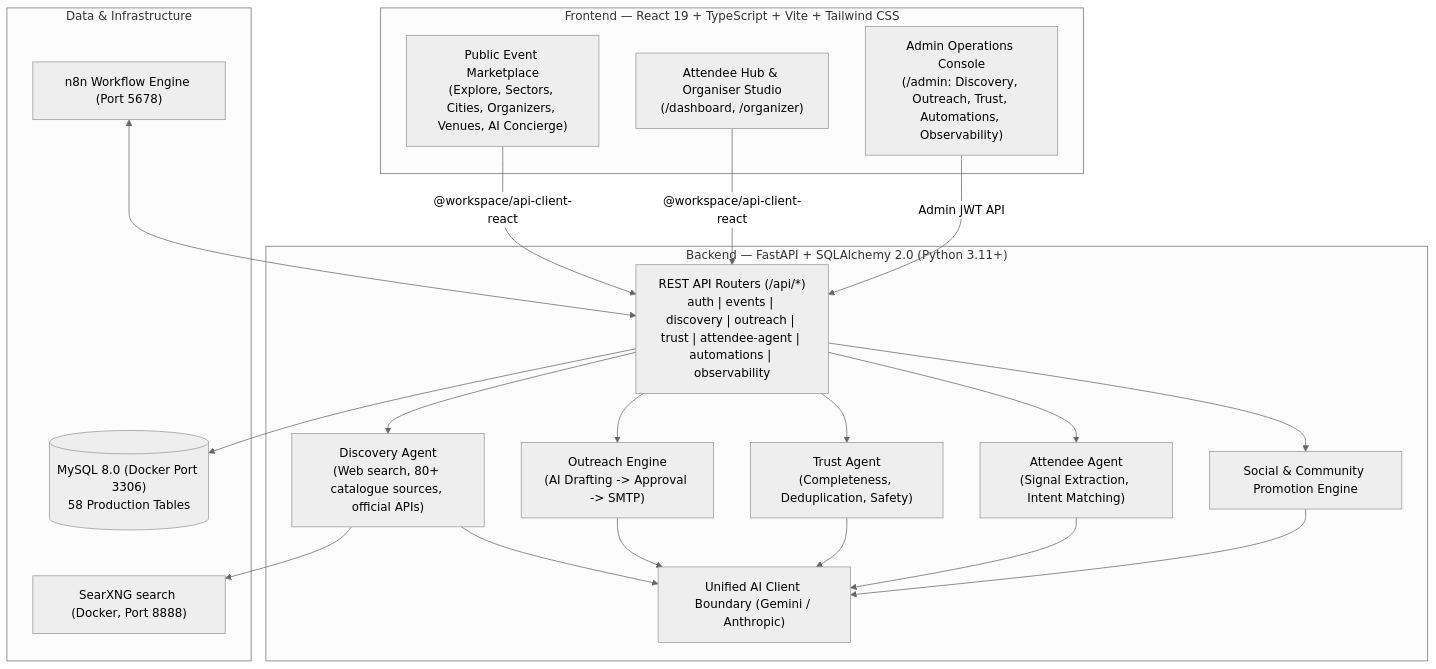
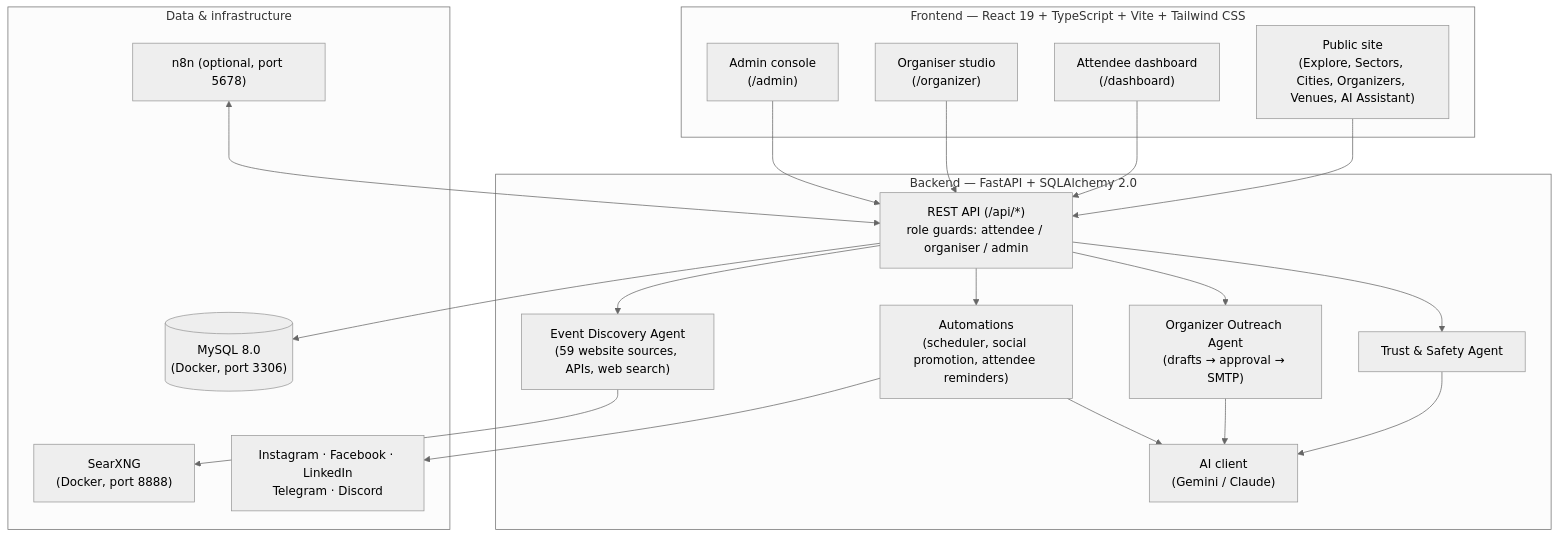
One commit to balaji-0001/100-Times-Event-Platform changed the diagram in README.md. Above: the diagram before and after it, drawn with Mermaid (neutral theme). The commit also changed other lines of this file, not shown here.

Commit message:
Rewrite README: current agents, automations, sectors, sources, setup and configuration

````diff
--- a/README.md
+++ b/README.md
@@ -63,41 +156,41 @@
 ```mermaid
 flowchart TB
     subgraph Frontend["Frontend — React 19 + TypeScript + Vite + Tailwind CSS"]
-        MP["Public Event Marketplace\n(Explore, Sectors, Cities, Organizers, Venues, AI Concierge)"]
-        HUB["Attendee Hub & Organiser Studio\n(/dashboard, /organizer)"]
-        ADMIN["Admin Operations Console\n(/admin: Discovery, Outreach, Trust, Automations, Observability)"]
+        PUB["Public site\n(Explore, Sectors, Cities, Organizers, Venues, AI Assistant)"]
+        ATT["Attendee dashboard\n(/dashboard)"]
+        ORG["Organiser studio\n(/organizer)"]
+        ADM["Admin console\n(/admin)"]
     end
 
-    subgraph Backend["Backend — FastAPI + SQLAlchemy 2.0 (Python 3.11+)"]
-        API["REST API Routers (/api/*)\nauth | events | discovery | outreach | trust | attendee-agent | automations | observability"]
-        DISC["Discovery Agent\n(Web search, 80+ catalogue sources, official APIs)"]
-        OUT["Outreach Engine\n(AI Drafting -> Approval -> SMTP)"]
-        TRUST["Trust Agent\n(Completeness, Deduplication, Safety)"]
-        ATT["Attendee Agent\n(Signal Extraction, Intent Matching)"]
-        SOC["Social & Community Promotion Engine"]
-        LLM["Unified AI Client Boundary (Gemini / Anthropic)"]
+    subgraph Backend["Backend — FastAPI + SQLAlchemy 2.0"]
+        API["REST API (/api/*)\nrole guards: attendee / organiser / admin"]
+        DISC["Event Discovery Agent\n(59 website sources, APIs, web search)"]
+        TRUST["Trust & Safety Agent"]
+        OUT["Organizer Outreach Agent\n(drafts → approval → SMTP)"]
+        AUTO["Automations\n(scheduler, social promotion, attendee reminders)"]
+        AI["AI client\n(Gemini / Claude)"]
     end
 
-    subgraph Storage["Data & Infrastructure"]
-        MYSQL[("MySQL 8.0 (Docker Port 3306)\n58 Production Tables")]
-        N8N["n8n Workflow Engine (Port 5678)"]
-        SEARX["SearXNG search (Docker, Port 8888)"]
+    subgraph Infra["Data & infrastructure"]
+        DB[("MySQL 8.0\n(Docker, port 3306)")]
+        SX["SearXNG\n(Docker, port 8888)"]
+        N8N["n8n (optional, port 5678)"]
+        SOC["Instagram · Facebook · LinkedIn\nTelegram · Discord"]
     end
 
-    MP -->|"@workspace/api-client-react"| API
-    HUB -->|"@workspace/api-client-react"| API
-    ADMIN -->|"Admin JWT API"| API
+    PUB --> API
+    ATT --> API
+    ORG --> API
+    ADM --> API
     API --> DISC
+    API --> TRUST
     API --> OUT
-    API --> TRUST
-    API --> ATT
-    API --> SOC
-    DISC --> LLM
-    OUT --> LLM
-    TRUST --> LLM
-    ATT --> LLM
-    SOC --> LLM
-    API --> MYSQL
-    DISC --> SEARX
+    API --> AUTO
+    TRUST --> AI
+    OUT --> AI
+    AUTO --> AI
+    DISC --> SX
+    AUTO --> SOC
+    API --> DB
     N8N <--> API
 ```
````
